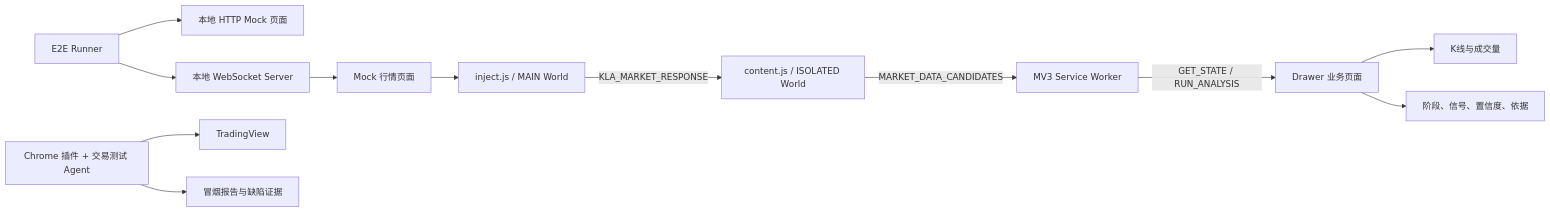
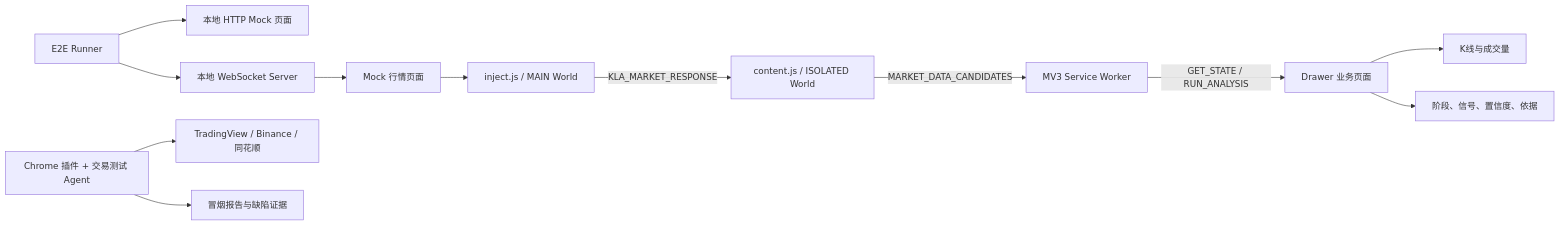
The first of 2 diagrams in docs/E2E_TEST_PLAN.md (LanShiLiang/Chrome_K_line_analyzer), drawn with Mermaid before and after one commit. The commit also changed other lines of this file and 9 other files, not shown here.

````diff
--- a/docs/E2E_TEST_PLAN.md
+++ b/docs/E2E_TEST_PLAN.md
@@ -41,14 +41,14 @@
 ```mermaid
 flowchart LR
     RUNNER["E2E Runner"] --> HTTP["本地 HTTP Mock 页面"]
     RUNNER --> WS["本地 WebSocket Server"]
     WS --> PAGE["Mock 行情页面"]
     PAGE --> MAIN["inject.js / MAIN World"]
     MAIN -->|"KLA_MARKET_RESPONSE"| CONTENT["content.js / ISOLATED World"]
     CONTENT -->|"MARKET_DATA_CANDIDATES"| SW["MV3 Service Worker"]
     SW -->|"GET_STATE / RUN_ANALYSIS"| DRAWER["Drawer 业务页面"]
     DRAWER --> CHART["K线与成交量"]
     DRAWER --> RESULT["阶段、信号、置信度、依据"]
-    AGENT["Chrome 插件 + 交易测试 Agent"] --> TV["TradingView"]
+    AGENT["Chrome 插件 + 交易测试 Agent"] --> SITES["TradingView / Binance / 同花顺"]
     AGENT --> REPORT["冒烟报告与缺陷证据"]
 ```
````
